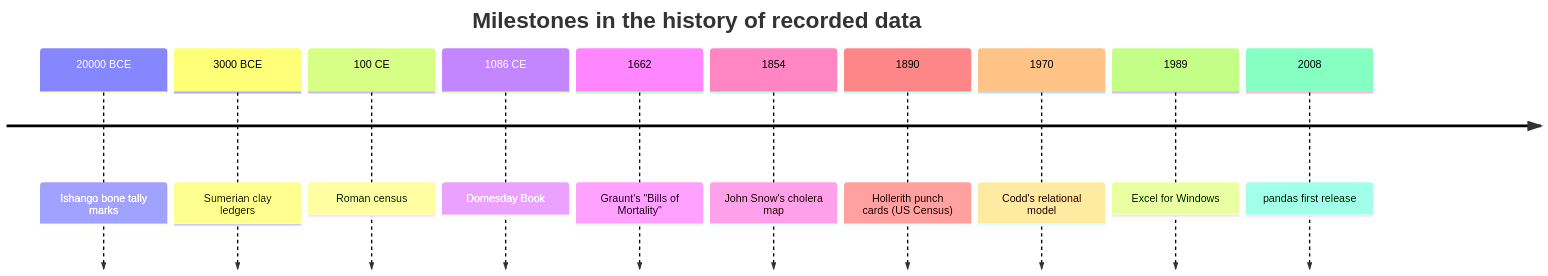
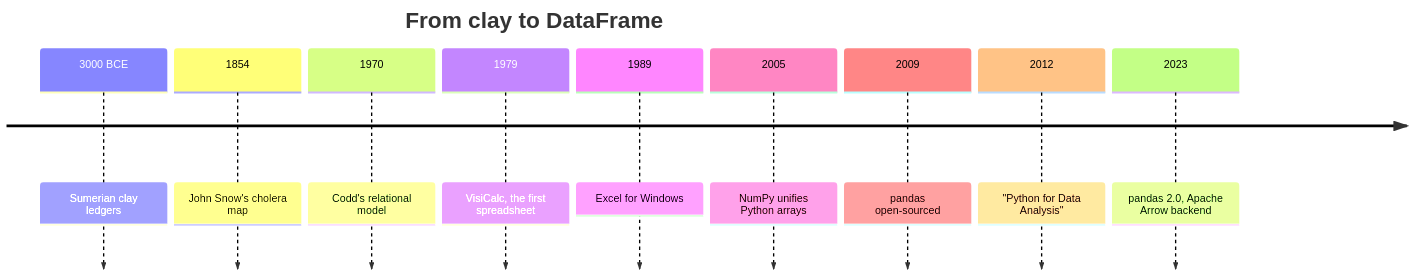
The third of 3 diagrams in content/learn/data-analysis-python-pandas/history-of-data.mdx (dataslope/dataslope), drawn with Mermaid before and after one commit. The commit also changed other lines of this file and 25 other files, not shown here.

````diff
--- a/content/learn/data-analysis-python-pandas/history-of-data.mdx
+++ b/content/learn/data-analysis-python-pandas/history-of-data.mdx
@@ -118,14 +240,13 @@
 ```mermaid
 timeline
-    title Milestones in the history of recorded data
-    20000 BCE : Ishango bone tally marks
-    3000 BCE  : Sumerian clay ledgers
-    100 CE    : Roman census
-    1086 CE   : Domesday Book
-    1662      : Graunt's "Bills of Mortality"
-    1854      : John Snow's cholera map
-    1890      : Hollerith punch cards (US Census)
-    1970      : Codd's relational model
-    1989      : Excel for Windows
-    2008      : pandas first release
+    title From clay to DataFrame
+    3000 BCE : Sumerian clay ledgers
+    1854 : John Snow's cholera map
+    1970 : Codd's relational model
+    1979 : VisiCalc, the first spreadsheet
+    1989 : Excel for Windows
+    2005 : NumPy unifies Python arrays
+    2009 : pandas open-sourced
+    2012 : "Python for Data Analysis"
+    2023 : pandas 2.0, Apache Arrow backend
 ```
````
